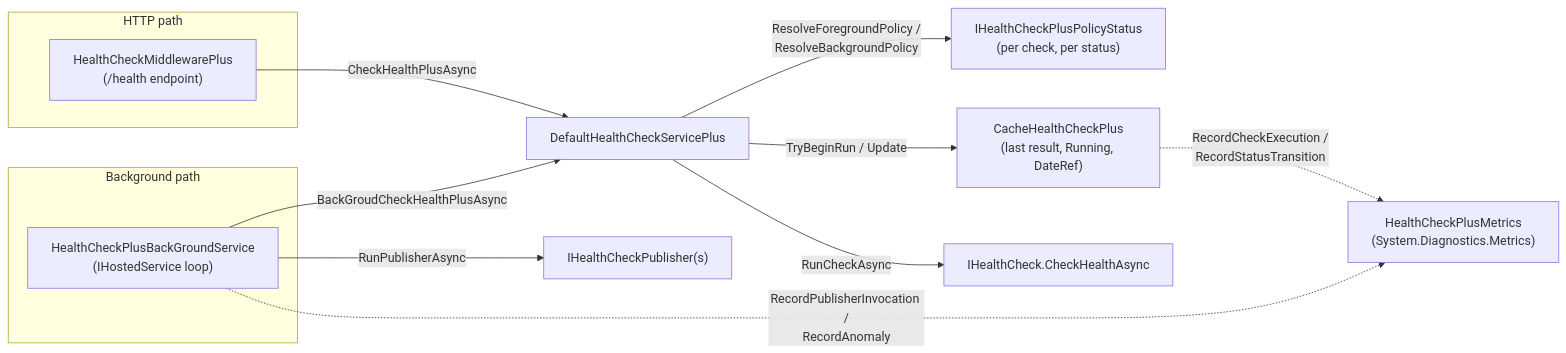
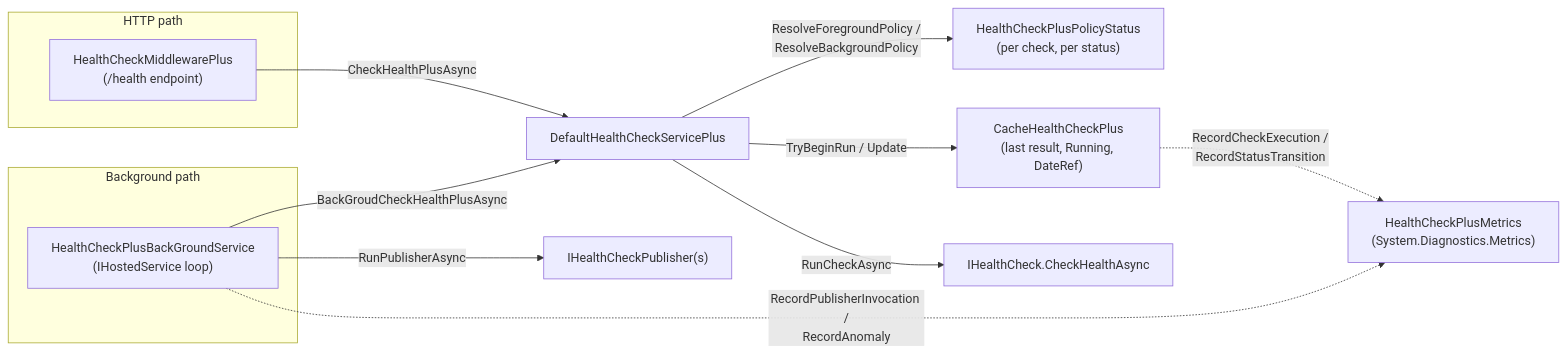
One commit to FRACerqueira/HealthCheckPlus changed the diagram in docs/ARCHITECTURE.md. Above: the diagram before and after it, drawn with Mermaid. The commit also changed other lines of this file and 15 other files, not shown here.

````diff
--- a/docs/ARCHITECTURE.md
+++ b/docs/ARCHITECTURE.md
@@ -29,17 +29,17 @@
 ```mermaid
 flowchart LR
     subgraph HTTP path
         MW["HealthCheckMiddlewarePlus\n(/health endpoint)"]
     end
     subgraph Background path
         BG["HealthCheckPlusBackGroundService\n(IHostedService loop)"]
     end
     MW -->|CheckHealthPlusAsync| SVC["DefaultHealthCheckServicePlus"]
     BG -->|BackGroudCheckHealthPlusAsync| SVC
-    SVC -->|ResolveForegroundPolicy /\nResolveBackgroundPolicy| POL["IHealthCheckPlusPolicyStatus\n(per check, per status)"]
+    SVC -->|ResolveForegroundPolicy /\nResolveBackgroundPolicy| POL["HealthCheckPlusPolicyStatus\n(per check, per status)"]
     SVC -->|TryBeginRun / Update| CACHE["CacheHealthCheckPlus\n(last result, Running, DateRef)"]
     SVC -->|RunCheckAsync| CHECK["IHealthCheck.CheckHealthAsync"]
     BG -->|RunPublisherAsync| PUB["IHealthCheckPublisher(s)"]
     CACHE -.->|RecordCheckExecution /\nRecordStatusTransition| METRICS["HealthCheckPlusMetrics\n(System.Diagnostics.Metrics)"]
     BG -.->|RecordPublisherInvocation /\nRecordAnomaly| METRICS
 ```
````
